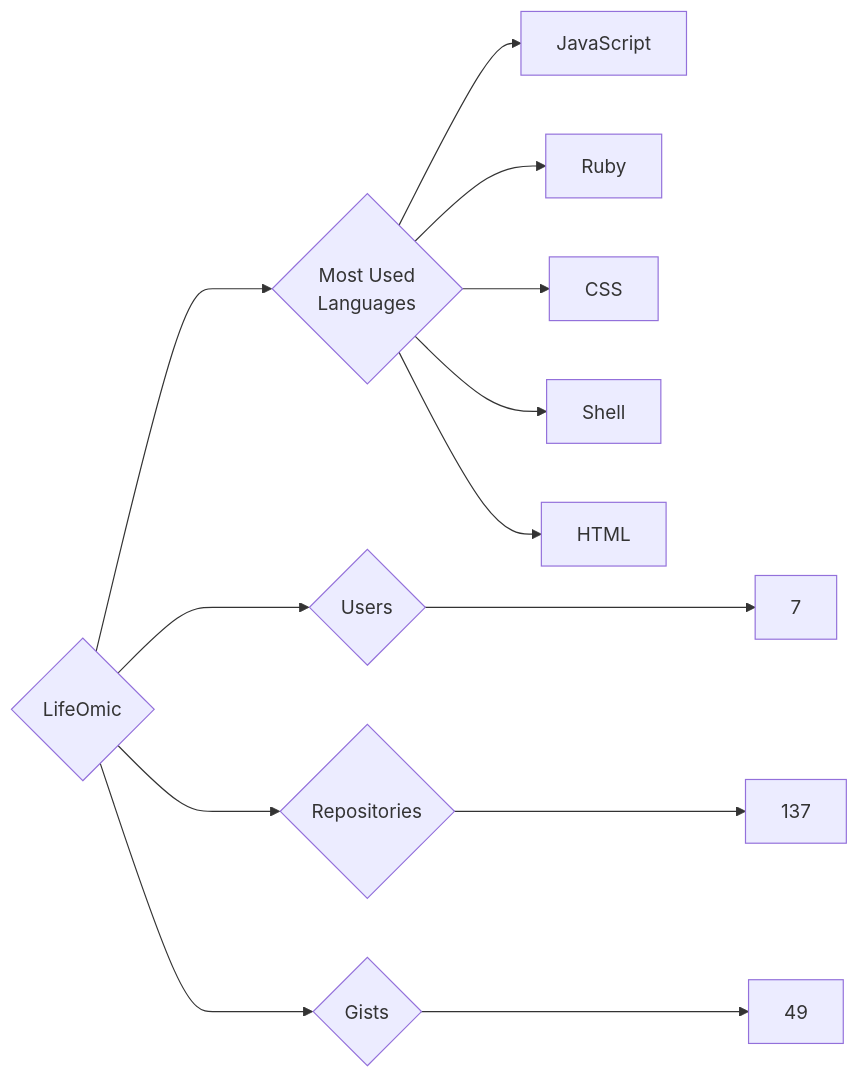
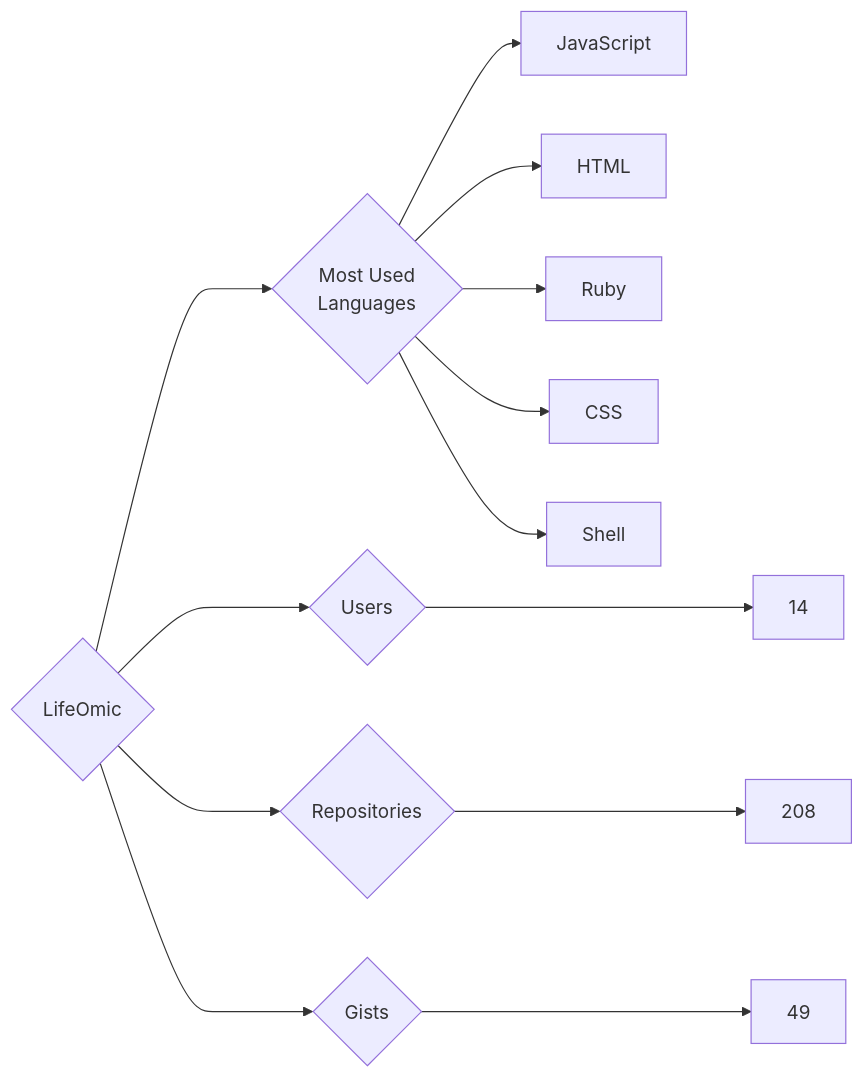
Before and after one commit to trickest/insiders: the diagram in targets/LifeOmic/README.md, drawn with Mermaid. The commit also changed 838 other files, not shown here.

````diff
--- a/targets/LifeOmic/README.md
+++ b/targets/LifeOmic/README.md
@@ -3,13 +3,13 @@
 ```mermaid
 graph LR
 COMPANY_NAME{LifeOmic}
-COMPANY_NAME ---> U{Users} ---> UN[7]
-COMPANY_NAME ---> R{Repositories} ---> RN[137]
+COMPANY_NAME ---> U{Users} ---> UN[14]
+COMPANY_NAME ---> R{Repositories} ---> RN[208]
 COMPANY_NAME ---> G{Gists} ---> GN[49]
 COMPANY_NAME ---> ML{Most Used<br>Languages}
 ML --> JavaScript[JavaScript]
+ML --> HTML[HTML]
 ML --> Ruby[Ruby]
 ML --> CSS[CSS]
 ML --> Shell[Shell]
-ML --> HTML[HTML]
 ```
````
